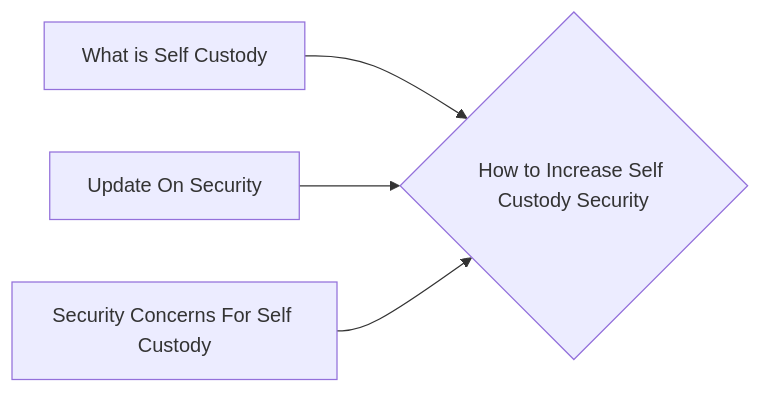
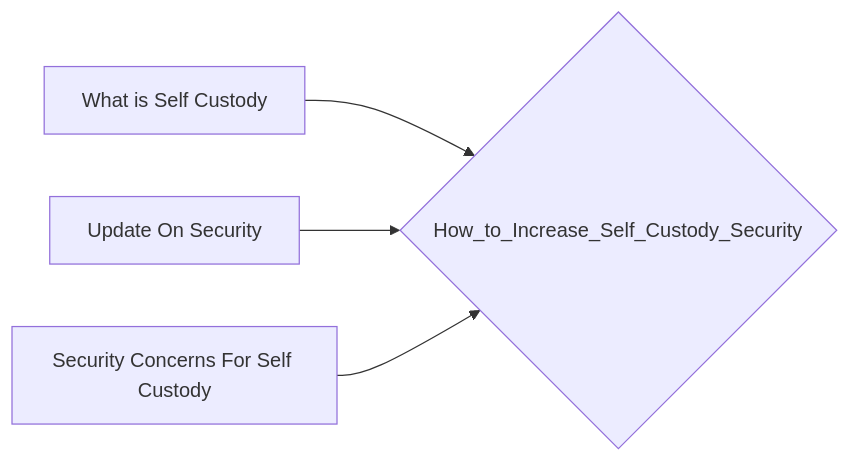
Before and after one commit to lpurdy01/crypto-knowledge-map: the diagram in notes/How_to_Increase_Self_Custody_Security.md, drawn with Mermaid. The commit also changed 161 other files, not shown here.

````diff
--- a/notes/How_to_Increase_Self_Custody_Security.md
+++ b/notes/How_to_Increase_Self_Custody_Security.md
@@ -12,6 +12,6 @@
 ```mermaid
 graph LR
-1["What is Self Custody"]-->0{"How to Increase Self Custody Security"}
-2["Update On Security"]-->0{"How to Increase Self Custody Security"}
-3["Security Concerns For Self Custody"]-->0{"How to Increase Self Custody Security"}
+1["What is Self Custody"]-->0{"How_to_Increase_Self_Custody_Security"}
+2["Update On Security"]-->0{"How_to_Increase_Self_Custody_Security"}
+3["Security Concerns For Self Custody"]-->0{"How_to_Increase_Self_Custody_Security"}
 ```
````
